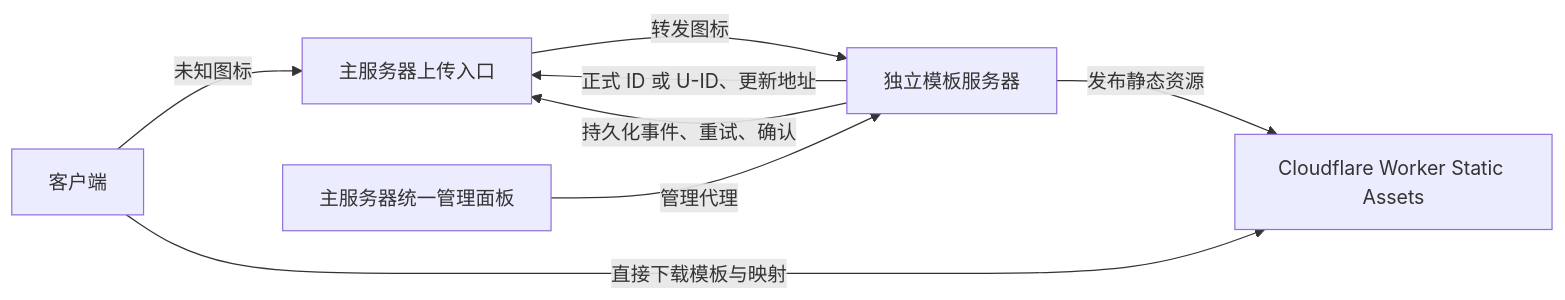
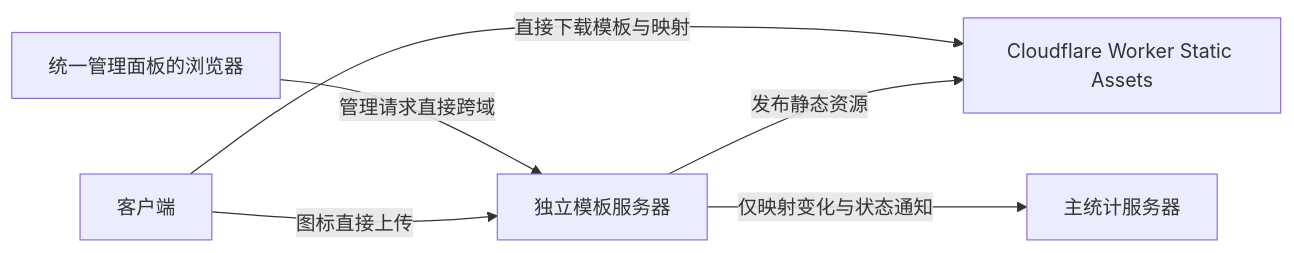
The diagram in README.md (wess09/AzurPilotTemplateServer), drawn with Mermaid before and after one commit. The commit also changed other lines of this file and 9 other files, not shown here.

````diff
--- a/README.md
+++ b/README.md
@@ -9,10 +11,8 @@
 ```mermaid
 flowchart LR
-  C[客户端] -->|未知图标| M[主服务器上传入口]
-  M -->|转发图标| T[独立模板服务器]
-  T -->|正式 ID 或 U-ID、更新地址| M
-  A[主服务器统一管理面板] -->|管理代理| T
+  C[客户端] -->|图标直接上传| T[独立模板服务器]
+  A[统一管理面板的浏览器] -->|管理请求直接跨域| T
   T -->|发布静态资源| W[Cloudflare Worker Static Assets]
   C -->|直接下载模板与映射| W
-  T -->|持久化事件、重试、确认| M
+  T -->|仅映射变化与状态通知| M[主统计服务器]
 ```
````
